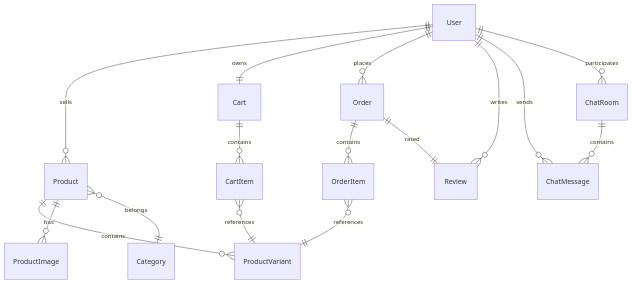
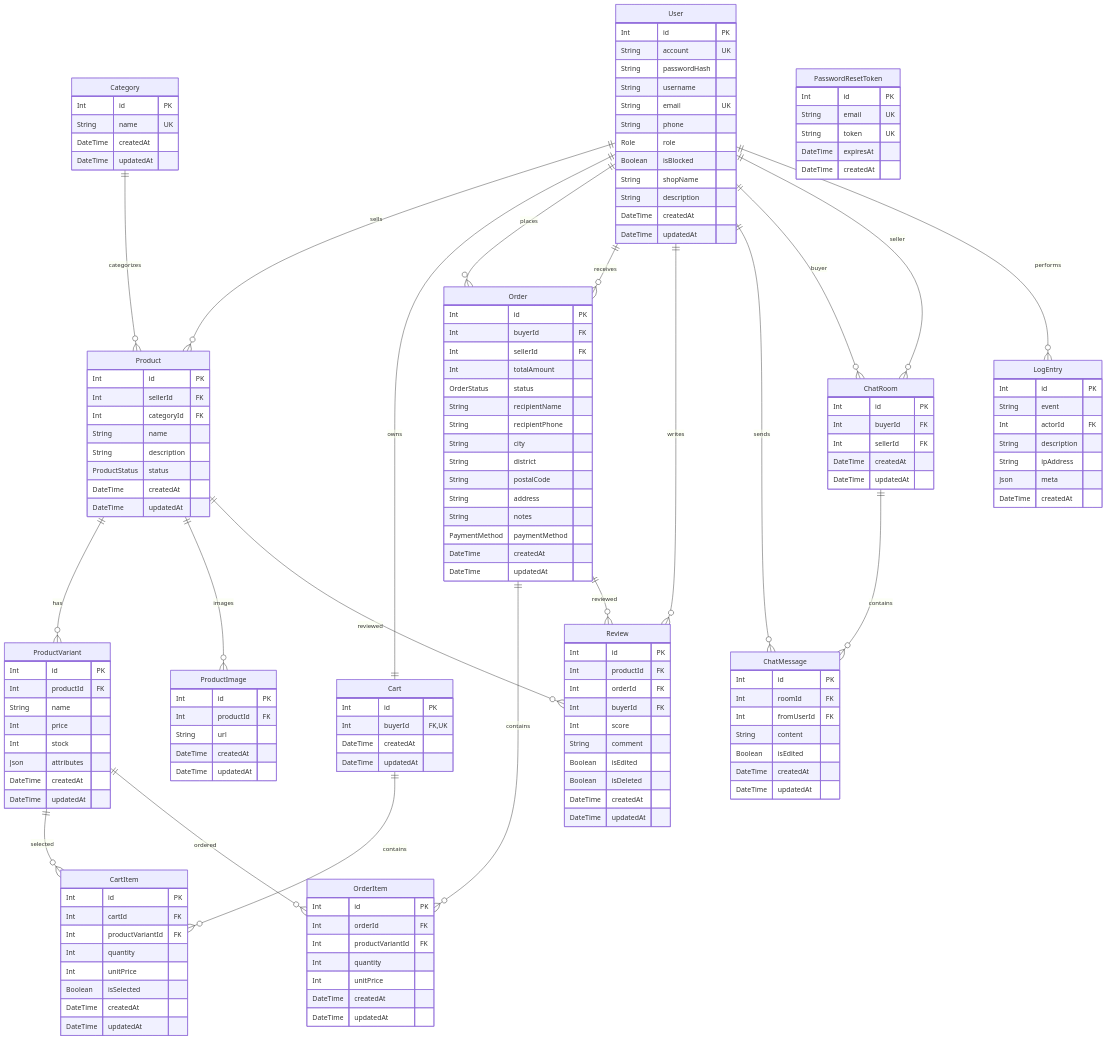
One commit to Damian-Hsu/Mobile_Commerce_Final_Projec_Zipperoo changed the fourth of 4 diagrams in README.md. Above: the diagram before and after it, drawn with Mermaid. The commit also changed other lines of this file and 3 other files, not shown here.

````diff
--- a/README.md
+++ b/README.md
@@ -89,22 +392,178 @@
 ```mermaid
 erDiagram
-    User ||--o{ Product : sells
-    User ||--|| Cart : owns
-    User ||--o{ Order : places
-    User ||--o{ Review : writes
-    User ||--o{ ChatMessage : sends
+    User {
+        Int id PK
+        String account UK
+        String passwordHash
+        String username
+        String email UK
+        String phone
+        Role role
+        Boolean isBlocked
+        String shopName
+        String description
+        DateTime createdAt
+        DateTime updatedAt
+    }
+
+    Category {
+        Int id PK
+        String name UK
+        DateTime createdAt
+        DateTime updatedAt
+    }
+
+    Product {
+        Int id PK
+        Int sellerId FK
+        Int categoryId FK
+        String name
+        String description
+        ProductStatus status
+        DateTime createdAt
+        DateTime updatedAt
+    }
+
+    ProductVariant {
+        Int id PK
+        Int productId FK
+        String name
+        Int price
+        Int stock
+        Json attributes
+        DateTime createdAt
+        DateTime updatedAt
+    }
+
+    ProductImage {
+        Int id PK
+        Int productId FK
+        String url
+        DateTime createdAt
+        DateTime updatedAt
+    }
+
+    Cart {
+        Int id PK
+        Int buyerId FK, UK
+        DateTime createdAt
+        DateTime updatedAt
+    }
+
+    CartItem {
+        Int id PK
+        Int cartId FK
+        Int productVariantId FK
+        Int quantity
+        Int unitPrice
+        Boolean isSelected
+        DateTime createdAt
+        DateTime updatedAt
+    }
+
+    Order {
+        Int id PK
+        Int buyerId FK
+        Int sellerId FK
+        Int totalAmount
+        OrderStatus status
+        String recipientName
+        String recipientPhone
+        String city
+        String district
+        String postalCode
+        String address
+        String notes
+        PaymentMethod paymentMethod
+        DateTime createdAt
+        DateTime updatedAt
+    }
+
+    OrderItem {
+        Int id PK
+        Int orderId FK
+        Int productVariantId FK
+        Int quantity
+        Int unitPrice
+        DateTime createdAt
+        DateTime updatedAt
+    }
+
+    Review {
+        Int id PK
+        Int productId FK
+        Int orderId FK
+        Int buyerId FK
+        Int score
+        String comment
+        Boolean isEdited
+        Boolean isDeleted
+        DateTime createdAt
+        DateTime updatedAt
+    }
+
+    ChatRoom {
+        Int id PK
+        Int buyerId FK
+        Int sellerId FK
+        DateTime createdAt
+        DateTime updatedAt
+    }
+
+    ChatMessage {
+        Int id PK
+        Int roomId FK
+        Int fromUserId FK
+        String content
+        Boolean isEdited
+        DateTime createdAt
+        DateTime updatedAt
+    }
+
+    LogEntry {
+        Int id PK
+        String event
+        Int actorId FK
+        String description
+        String ipAddress
+        Json meta
+        DateTime createdAt
+    }
+
+    PasswordResetToken {
+        Int id PK
+        String email UK
+        String token UK
+        DateTime expiresAt
+        DateTime createdAt
+    }
+
+    %% 用戶關聯
+    User ||--o{ Product : "sells"
+    User ||--|| Cart : "owns"
+    User ||--o{ Order : "places"
+    User ||--o{ Order : "receives"
+    User ||--o{ Review : "writes"
+    User ||--o{ ChatMessage : "sends"
+    User ||--o{ ChatRoom : "buyer"
+    User ||--o{ ChatRoom : "seller"
+    User ||--o{ LogEntry : "performs"
     
-    Product ||--o{ ProductVariant : contains
-    Product ||--o{ ProductImage : has
-    Product }o--|| Category : belongs
+    %% 商品關聯
+    Category ||--o{ Product : "categorizes"
+    Product ||--o{ ProductVariant : "has"
+    Product ||--o{ ProductImage : "images"
+    Product ||--o{ Review : "reviewed"
     
-    Cart ||--o{ CartItem : contains
-    CartItem }o--|| ProductVariant : references
+    %% 購物車關聯
+    Cart ||--o{ CartItem : "contains"
+    ProductVariant ||--o{ CartItem : "selected"
     
-    Order ||--o{ OrderItem : contains
-    OrderItem }o--|| ProductVariant : references
-    Order ||--|| Review : rated
+    %% 訂單關聯
+    Order ||--o{ OrderItem : "contains"
+    ProductVariant ||--o{ OrderItem : "ordered"
+    Order ||--o{ Review : "reviewed"
     
-    ChatRoom ||--o{ ChatMessage : contains
-    User ||--o{ ChatRoom : participates
+    %% 聊天關聯
+    ChatRoom ||--o{ ChatMessage : "contains"
 ```
````
